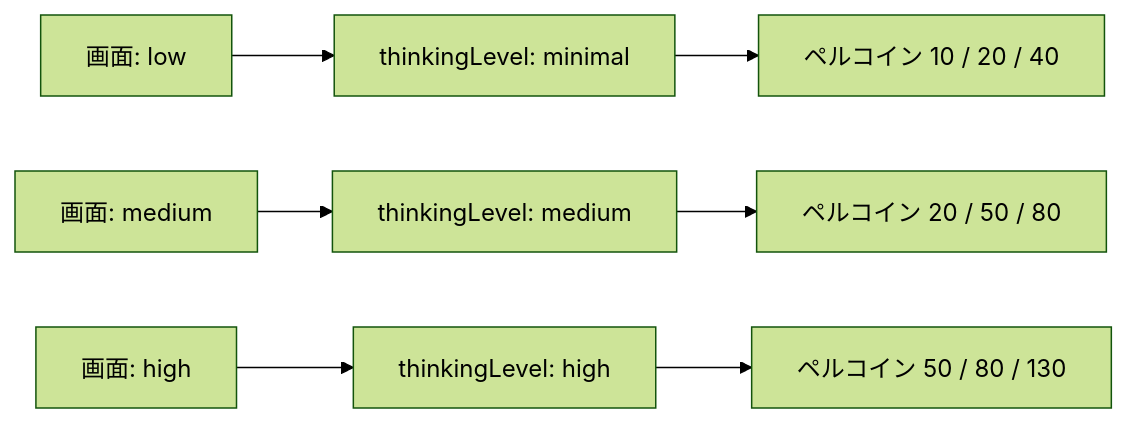
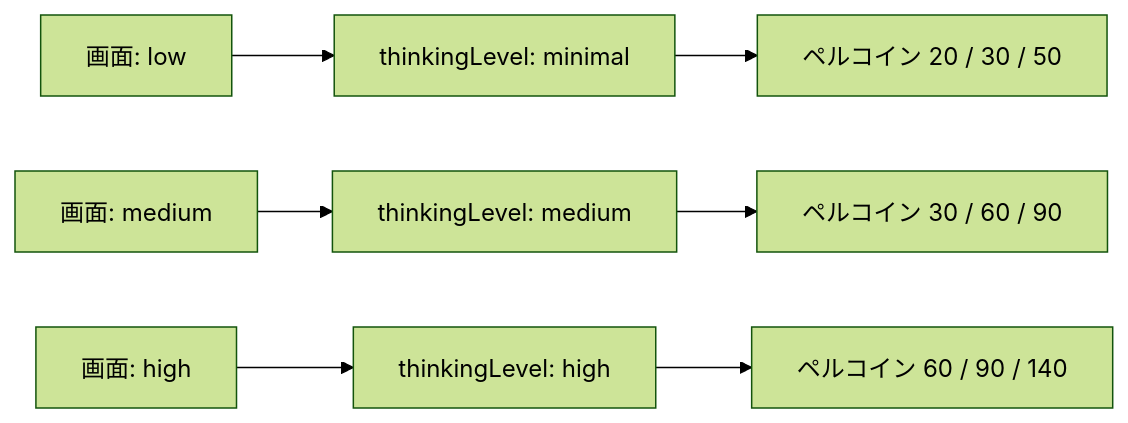
The second of 6 diagrams in docs/planning/nano-banana-2-1-implementation-plan.md (3balljugglerYu/ai_coordinate), drawn with Mermaid (forest theme) before and after one commit. The commit also changed other lines of this file and 4 other files, not shown here.

````diff
--- a/docs/planning/nano-banana-2-1-implementation-plan.md
+++ b/docs/planning/nano-banana-2-1-implementation-plan.md
@@ -209,9 +209,9 @@
 ```mermaid
 flowchart LR
     U1["画面: low"] --> I1["thinkingLevel: minimal"]
     U2["画面: medium"] --> I2["thinkingLevel: medium"]
     U3["画面: high"] --> I3["thinkingLevel: high"]
-    I1 --> P1["ペルコイン 10 / 20 / 40"]
-    I2 --> P2["ペルコイン 20 / 50 / 80"]
-    I3 --> P3["ペルコイン 50 / 80 / 130"]
+    I1 --> P1["ペルコイン 20 / 30 / 50"]
+    I2 --> P2["ペルコイン 30 / 60 / 90"]
+    I3 --> P3["ペルコイン 60 / 90 / 140"]
 ```
````
